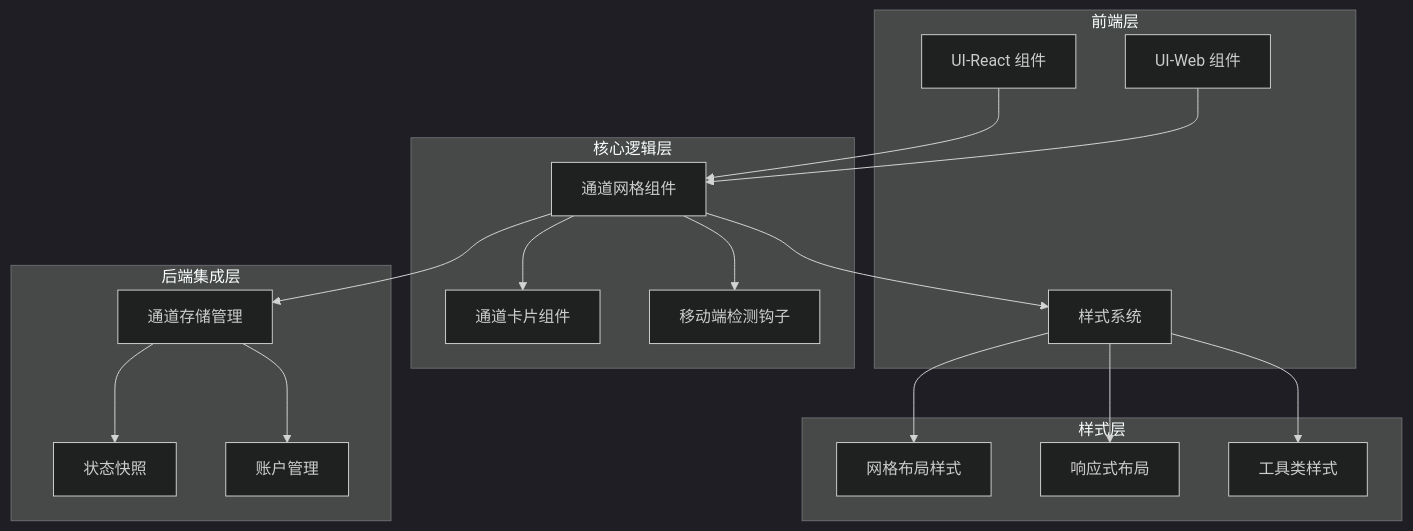
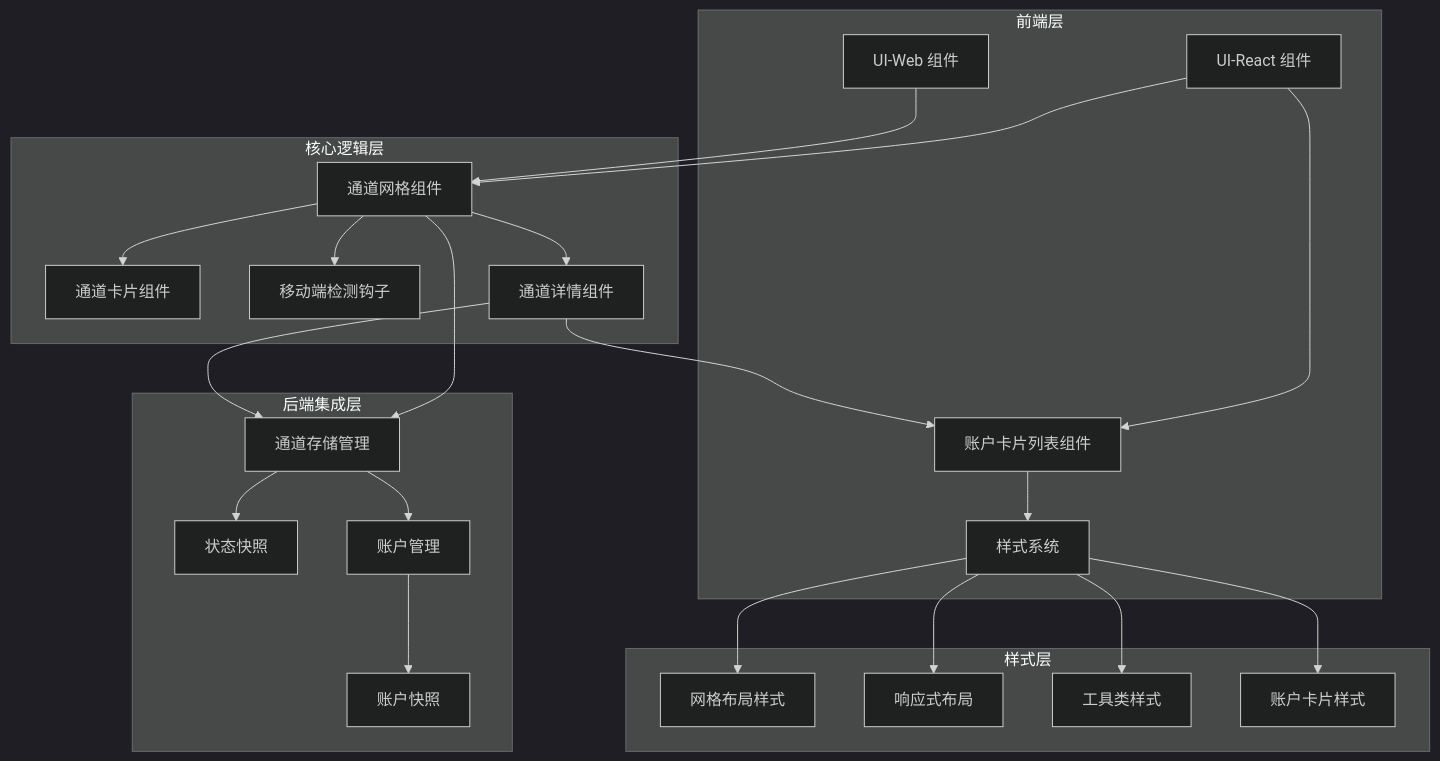
One commit to verse-ai-org/openclaw changed the first of 7 diagrams in .qoder/repowiki/zh/content/Web界面/UI组件系统/通道网格布局系统.md. Above: the diagram before and after it, drawn with Mermaid (dark theme). The commit also changed other lines of this file and 86 other files, not shown here.

````diff
--- a/.qoder/repowiki/zh/content/Web界面/UI组件系统/通道网格布局系统.md
+++ b/.qoder/repowiki/zh/content/Web界面/UI组件系统/通道网格布局系统.md
@@ -42,34 +59,44 @@
 ```mermaid
 graph TB
 subgraph "前端层"
 UIReact[UI-React 组件]
 UIWeb[UI-Web 组件]
 Styles[样式系统]
+AccountCardList[账户卡片列表组件]
 end
 subgraph "核心逻辑层"
 ChannelGrid[通道网格组件]
 ChannelCard[通道卡片组件]
 MobileHook[移动端检测钩子]
+ChannelDetail[通道详情组件]
 end
 subgraph "样式层"
 GridLayout[网格布局样式]
 ResponsiveLayout[响应式布局]
 UtilityClasses[工具类样式]
+AccountCardStyles[账户卡片样式]
 end
 subgraph "后端集成层"
 ChannelStore[通道存储管理]
 StatusSnapshot[状态快照]
 AccountManagement[账户管理]
+AccountSnapshot[账户快照]
 end
 UIReact --> ChannelGrid
+UIReact --> AccountCardList
 UIWeb --> ChannelGrid
 ChannelGrid --> ChannelCard
 ChannelGrid --> MobileHook
-ChannelGrid --> Styles
+ChannelGrid --> ChannelDetail
+ChannelDetail --> AccountCardList
+AccountCardList --> Styles
 Styles --> GridLayout
 Styles --> ResponsiveLayout
 Styles --> UtilityClasses
+Styles --> AccountCardStyles
 ChannelGrid --> ChannelStore
+ChannelDetail --> ChannelStore
 ChannelStore --> StatusSnapshot
 ChannelStore --> AccountManagement
+AccountManagement --> AccountSnapshot
 ```
````
